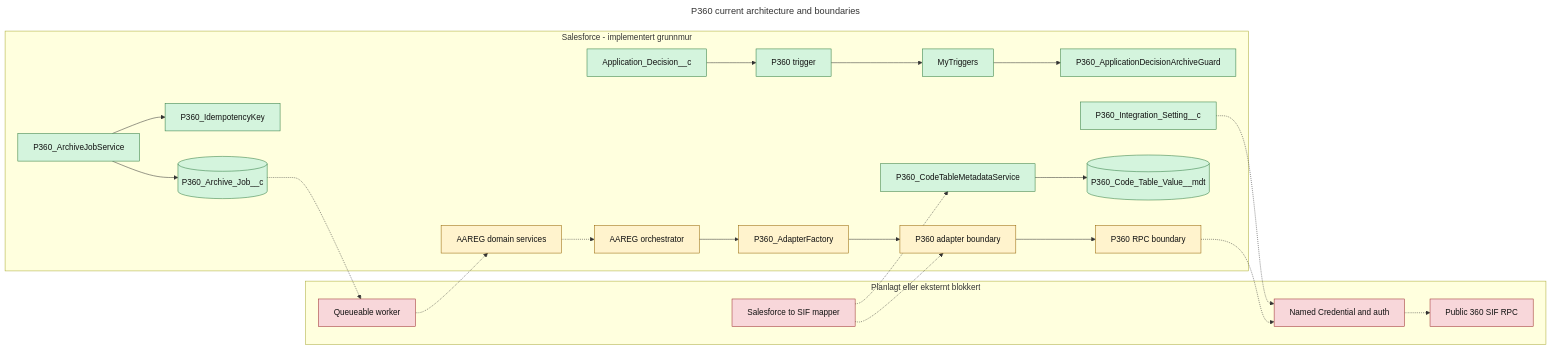
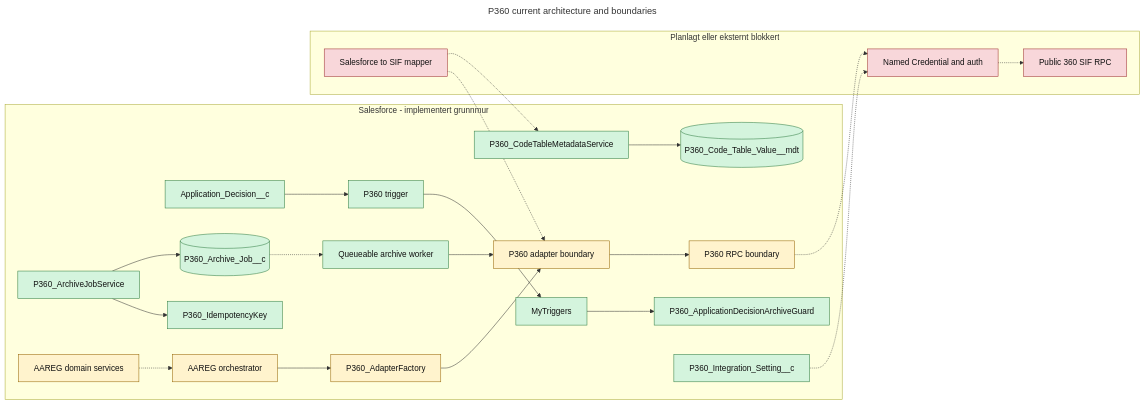
The diagram in docs/integrations/p360/diagrams/p360-current-architecture.mmd (navikt/crm-arbeidsforhold), drawn with Mermaid before and after one commit. The commit also changed 8 other files, not shown here.

Commit message:
feat(p360): enable explicit mock transport for sandbox flows

```diff
--- a/docs/integrations/p360/diagrams/p360-current-architecture.mmd
+++ b/docs/integrations/p360/diagrams/p360-current-architecture.mmd
@@ -1,48 +1,49 @@
 ---
 title: P360 current architecture and boundaries
 ---
 graph LR
     subgraph Salesforce[Salesforce - implementert grunnmur]
         Decision[Application_Decision__c]
         Trigger[P360 trigger]
         MyTriggers[MyTriggers]
         Guard[P360_ApplicationDecisionArchiveGuard]
         Key[P360_IdempotencyKey]
         JobService[P360_ArchiveJobService]
         Job[(P360_Archive_Job__c)]
         Domain[AAREG domain services]
         Orchestrator[AAREG orchestrator]
         Factory[P360_AdapterFactory]
         Adapter[P360 adapter boundary]
         Rpc[P360 RPC boundary]
+        Worker[Queueable archive worker]
         CodeTable[(P360_Code_Table_Value__mdt)]
         CodeTableService[P360_CodeTableMetadataService]
         Config[P360_Integration_Setting__c]
     end
 
     subgraph Future[Planlagt eller eksternt blokkert]
-        Worker[Queueable worker]
         Mapper[Salesforce to SIF mapper]
         Auth[Named Credential and auth]
         P360[Public 360 SIF RPC]
     end
 
     Decision --> Trigger --> MyTriggers --> Guard
     JobService --> Key
     JobService --> Job
     Job -.-> Worker
-    Worker -.-> Domain
+    Worker --> Adapter
     Domain -.-> Orchestrator
     Orchestrator --> Factory --> Adapter --> Rpc
     Rpc -.-> Auth -.-> P360
     Mapper -.-> Adapter
     CodeTableService --> CodeTable
     Mapper -.-> CodeTableService
     Config -.-> Auth
 
     classDef implemented fill:#d4f4dd,stroke:#2d7a3e,color:#111
     classDef contract fill:#fff3cd,stroke:#946200,color:#111
     classDef blocked fill:#f8d7da,stroke:#9b2c2c,color:#111
     class Decision,Trigger,MyTriggers,Guard,Key,JobService,Job,CodeTable,CodeTableService,Config implemented
     class Domain,Orchestrator,Factory,Adapter,Rpc contract
-    class Worker,Mapper,Auth,P360 blocked
+    class Worker,CodeTable,CodeTableService,Config implemented
+    class Mapper,Auth,P360 blocked
```
